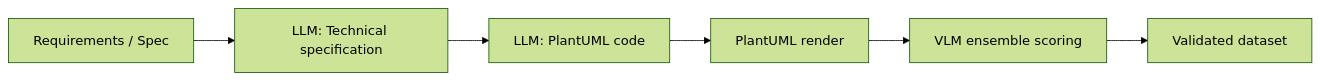
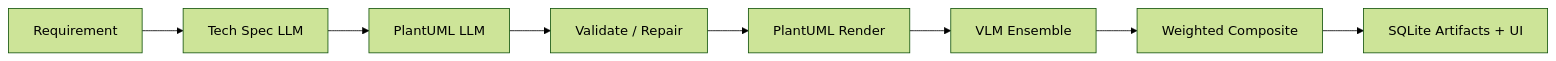
The diagram in README.md (dipak5501/uml-generation-pipeline), drawn with Mermaid (forest theme) before and after one commit. The commit also changed other lines of this file and 61 other files, not shown here.

First line of the commit message:
Add thesis-ready UML generation app with API, UI, and tests.

````diff
--- a/README.md
+++ b/README.md
@@ -17,8 +12,10 @@
 ```mermaid
 flowchart LR
-  A[Requirements / Spec] --> B[LLM: Technical specification]
-  B --> C[LLM: PlantUML code]
-  C --> D[PlantUML render]
-  D --> E[VLM ensemble scoring]
-  E --> F[Validated dataset]
+  A[Requirement] --> B[Tech Spec LLM]
+  B --> C[PlantUML LLM]
+  C --> D[Validate / Repair]
+  D --> E[PlantUML Render]
+  E --> F[VLM Ensemble]
+  F --> G[Weighted Composite]
+  G --> H[SQLite Artifacts + UI]
 ```
````
